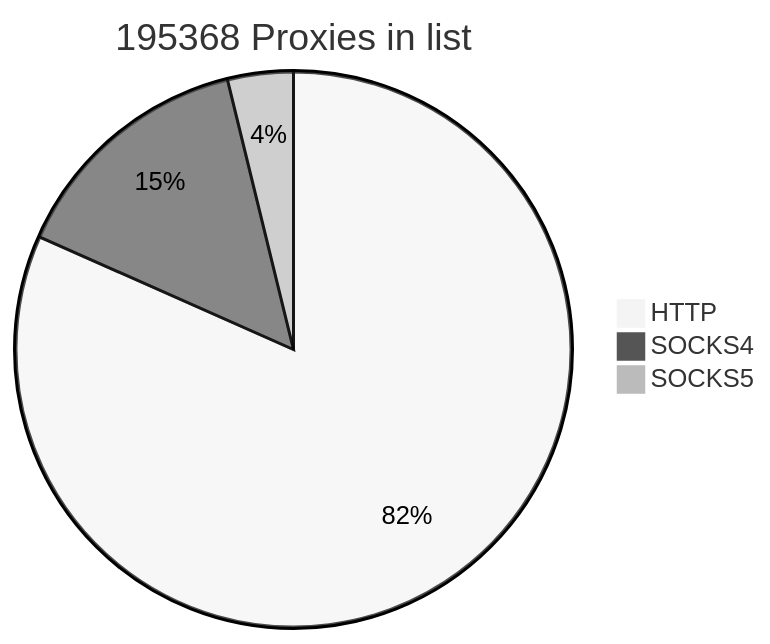
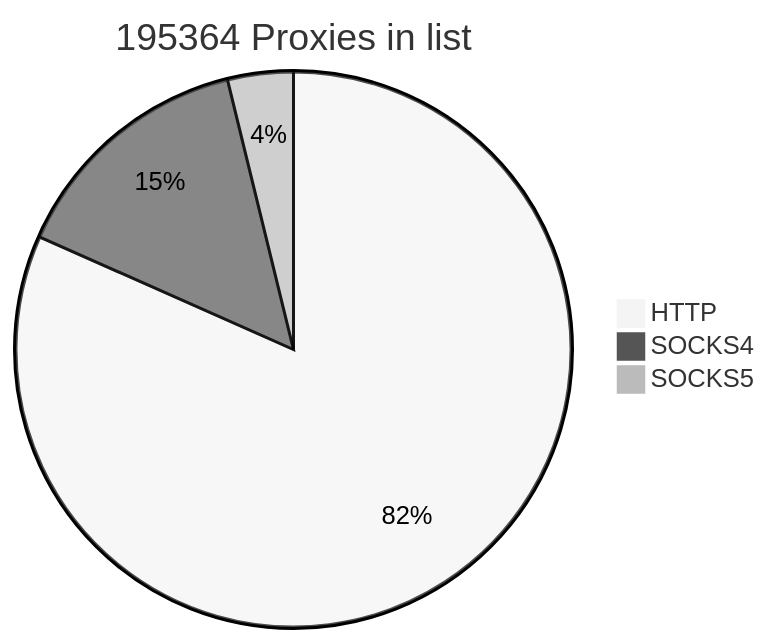
One commit to cutipu/proxylist changed the first of 2 diagrams in README.md. Above: the diagram before and after it, drawn with Mermaid (neutral theme). The commit also changed other lines of this file, not shown here.

````diff
--- a/README.md
+++ b/README.md
@@ -2,7 +2,7 @@
 ```mermaid
-pie title 195368 Proxies in list
-    "HTTP" : 159502
+pie title 195364 Proxies in list
+    "HTTP" : 159499
     "SOCKS4" : 28402
-    "SOCKS5" : 7464
+    "SOCKS5" : 7463
             
 ```
````
